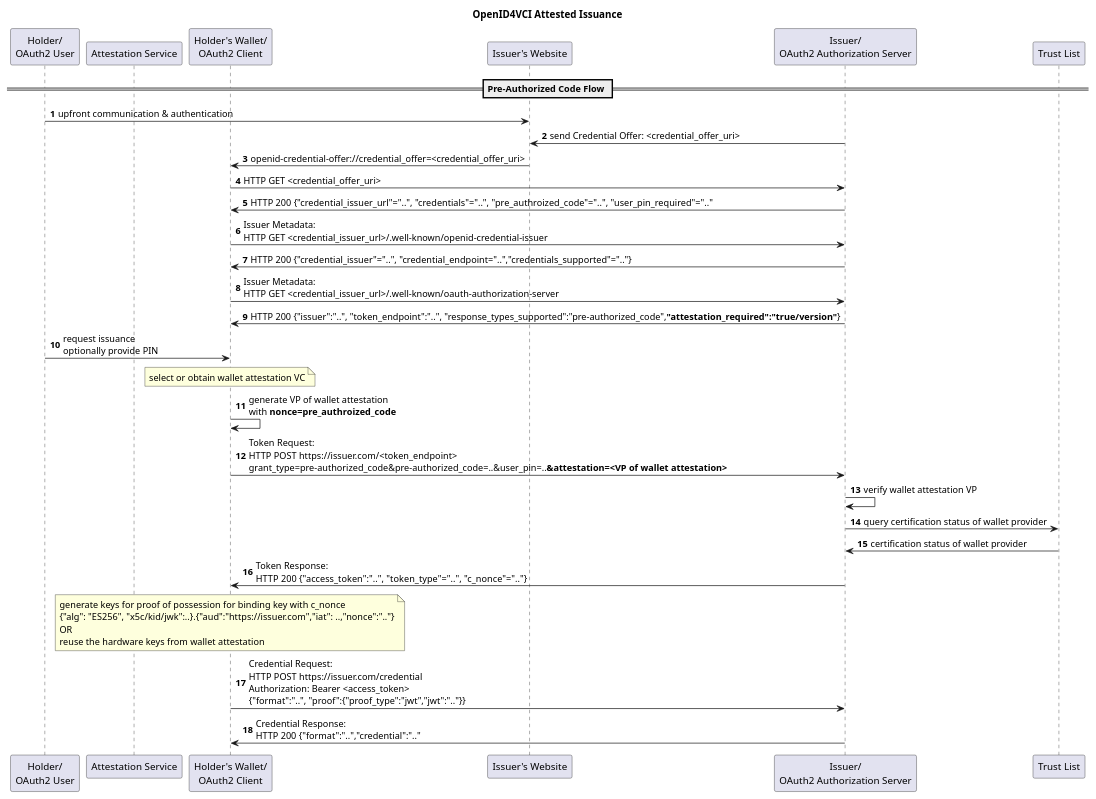
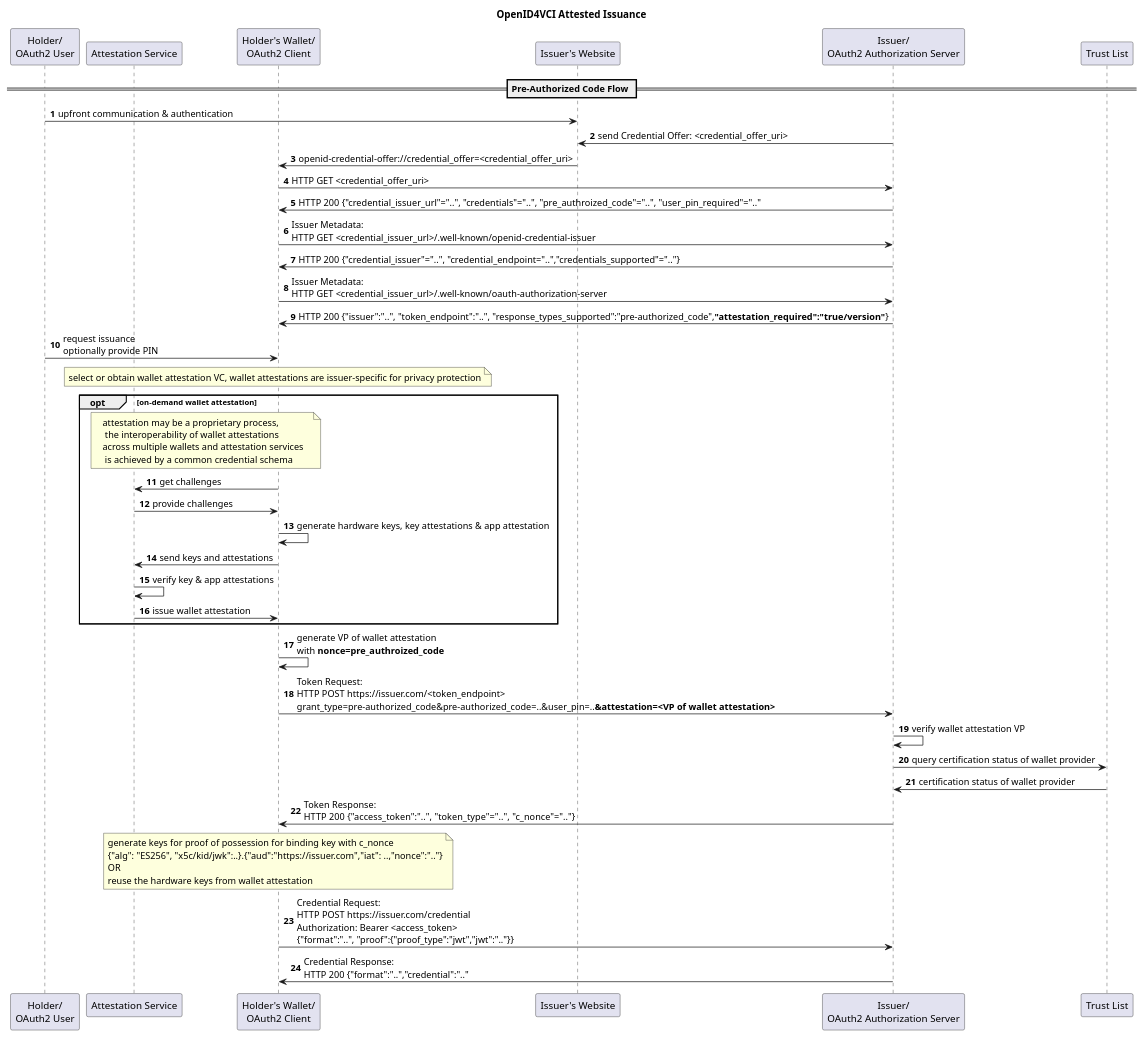
One commit to IDunion/hackathon changed the diagram in Attestation/issuance_flow.puml. Above: the diagram before and after it, drawn with PlantUML.

```diff
--- a/Attestation/issuance_flow.puml
+++ b/Attestation/issuance_flow.puml
@@ -1,55 +1,55 @@
 @startuml
 'https://plantuml.com/sequence-diagram
 
 title OpenID4VCI Attested Issuance
 
 autonumber
 
 participant u as "Holder/\nOAuth2 User"
 participant a as "Attestation Service"
 participant w as "Holder's Wallet/\nOAuth2 Client"
 participant b as "Issuer's Website"
 participant i as "Issuer/\nOAuth2 Authorization Server"
 participant t as "Trust List"
 
 == Pre-Authorized Code Flow ==
 u -> b : upfront communication & authentication
 
 i -> b : send Credential Offer: <credential_offer_uri>
 b -> w : openid-credential-offer://credential_offer=<credential_offer_uri>
 
 w -> i : HTTP GET <credential_offer_uri>
 i -> w : HTTP 200 {"credential_issuer_url"="..", "credentials"="..", "pre_authroized_code"="..", "user_pin_required"=".."
 
 w -> i : Issuer Metadata:\nHTTP GET <credential_issuer_url>/.well-known/openid-credential-issuer
 i -> w : HTTP 200 {"credential_issuer"="..", "credential_endpoint="..","credentials_supported"=".."}
 
 w -> i : Issuer Metadata:\nHTTP GET <credential_issuer_url>/.well-known/oauth-authorization-server
 i -> w : HTTP 200 {"issuer":"..", "token_endpoint":"..", "response_types_supported":"pre-authorized_code",**"attestation_required":"true/version"**}
 
 u -> w : request issuance\noptionally provide PIN
 
-note over w: select or obtain wallet attestation VC
-'opt on-demand wallet attestation
-'note over w,a: attestation may be a proprietary process,\n the interoperability of wallet attestations\nacross multiple wallets and attestation services\n is achieved by a common credential schema
-'w -> a : get challenges
-'a -> w : provide challenges
-'w -> w : generate hardware keys, key attestations & app attestation
-'w -> a : send keys and attestations
-'a -> a : verify key & app attestations
-'a -> w : issue wallet attestation
-'end
+note over w: select or obtain wallet attestation VC, wallet attestations are issuer-specific for privacy protection
+opt on-demand wallet attestation
+note over w,a: attestation may be a proprietary process,\n the interoperability of wallet attestations\nacross multiple wallets and attestation services\n is achieved by a common credential schema
+w -> a : get challenges
+a -> w : provide challenges
+w -> w : generate hardware keys, key attestations & app attestation
+w -> a : send keys and attestations
+a -> a : verify key & app attestations
+a -> w : issue wallet attestation
+end
 
 w -> w : generate VP of wallet attestation\nwith **nonce=pre_authroized_code**
 
 w -> i : Token Request:\nHTTP POST https://issuer.com/<token_endpoint>\ngrant_type=pre-authorized_code&pre-authorized_code=..&user_pin=..**&attestation=<VP of wallet attestation>**
 i -> i : verify wallet attestation VP
 i -> t : query certification status of wallet provider
 t -> i : certification status of wallet provider
 i -> w : Token Response:\nHTTP 200  {"access_token":"..", "token_type"="..", "c_nonce"=".."}
 
 note over w : generate keys for proof of possession for binding key with c_nonce\n{"alg": "ES256", "x5c/kid/jwk":..}.{"aud":"https://issuer.com","iat": ..,"nonce":".."}\nOR\nreuse the hardware keys from wallet attestation
 w -> i : Credential Request:\nHTTP POST https://issuer.com/credential\nAuthorization: Bearer <access_token>\n{"format":"..", "proof":{"proof_type":"jwt","jwt":".."}}
 i -> w : Credential Response:\nHTTP 200 {"format":"..","credential":".."
 
 @enduml
```
